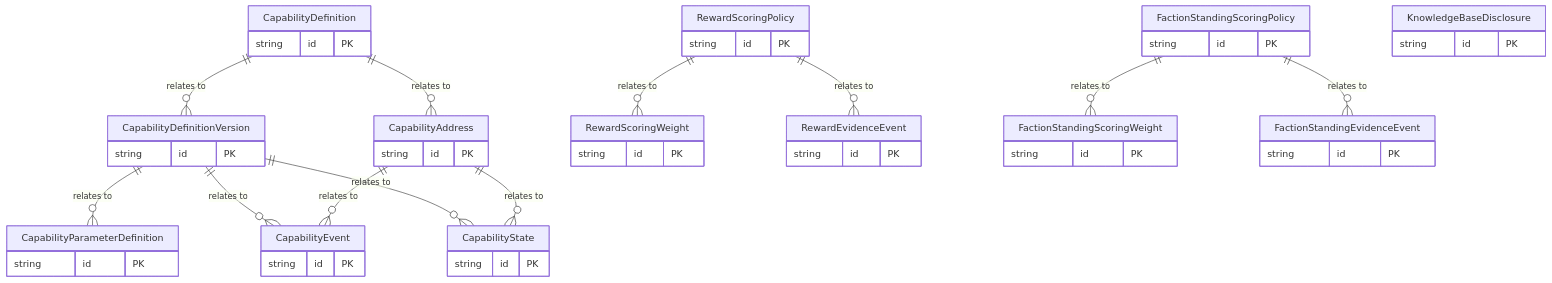
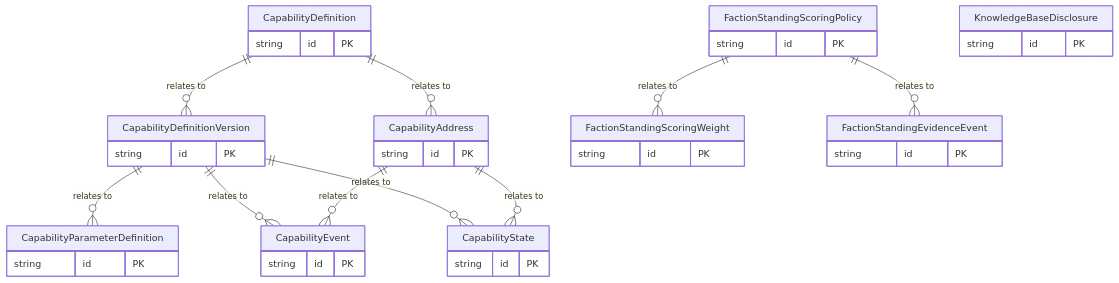
One commit to bkalaf/echoes-of-eidolon changed the diagram in docs/architecture/mermaid/entity/e20-capabilities.mmd. Above: the diagram before and after it, drawn with Mermaid. The commit also changed 99 other files, not shown here.

```diff
--- a/docs/architecture/mermaid/entity/e20-capabilities.mmd
+++ b/docs/architecture/mermaid/entity/e20-capabilities.mmd
@@ -1,52 +1,41 @@
 %% Capabilities
 erDiagram
   CapabilityDefinition {
     string id PK
   }
   CapabilityDefinitionVersion {
     string id PK
   }
   CapabilityParameterDefinition {
     string id PK
   }
   CapabilityAddress {
     string id PK
   }
   CapabilityEvent {
     string id PK
   }
   CapabilityState {
-    string id PK
-  }
-  RewardScoringPolicy {
-    string id PK
-  }
-  RewardScoringWeight {
-    string id PK
-  }
-  RewardEvidenceEvent {
     string id PK
   }
   FactionStandingScoringPolicy {
     string id PK
   }
   FactionStandingScoringWeight {
     string id PK
   }
   FactionStandingEvidenceEvent {
     string id PK
   }
   KnowledgeBaseDisclosure {
     string id PK
   }
   CapabilityDefinition ||--o{ CapabilityDefinitionVersion : "relates to"
   CapabilityDefinition ||--o{ CapabilityAddress : "relates to"
   CapabilityDefinitionVersion ||--o{ CapabilityParameterDefinition : "relates to"
   CapabilityDefinitionVersion ||--o{ CapabilityEvent : "relates to"
   CapabilityDefinitionVersion ||--o{ CapabilityState : "relates to"
   CapabilityAddress ||--o{ CapabilityEvent : "relates to"
   CapabilityAddress ||--o{ CapabilityState : "relates to"
-  RewardScoringPolicy ||--o{ RewardScoringWeight : "relates to"
-  RewardScoringPolicy ||--o{ RewardEvidenceEvent : "relates to"
   FactionStandingScoringPolicy ||--o{ FactionStandingScoringWeight : "relates to"
   FactionStandingScoringPolicy ||--o{ FactionStandingEvidenceEvent : "relates to"
```
